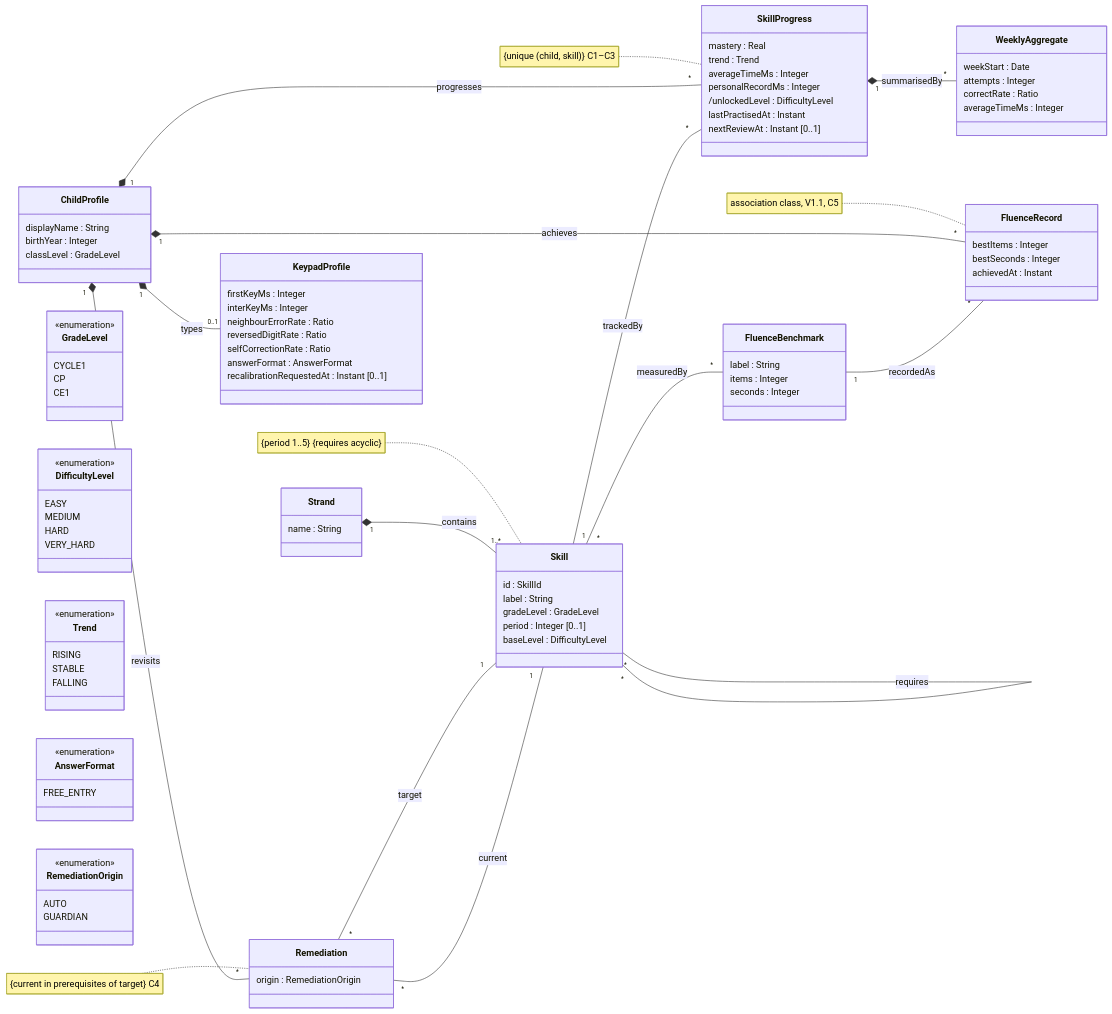
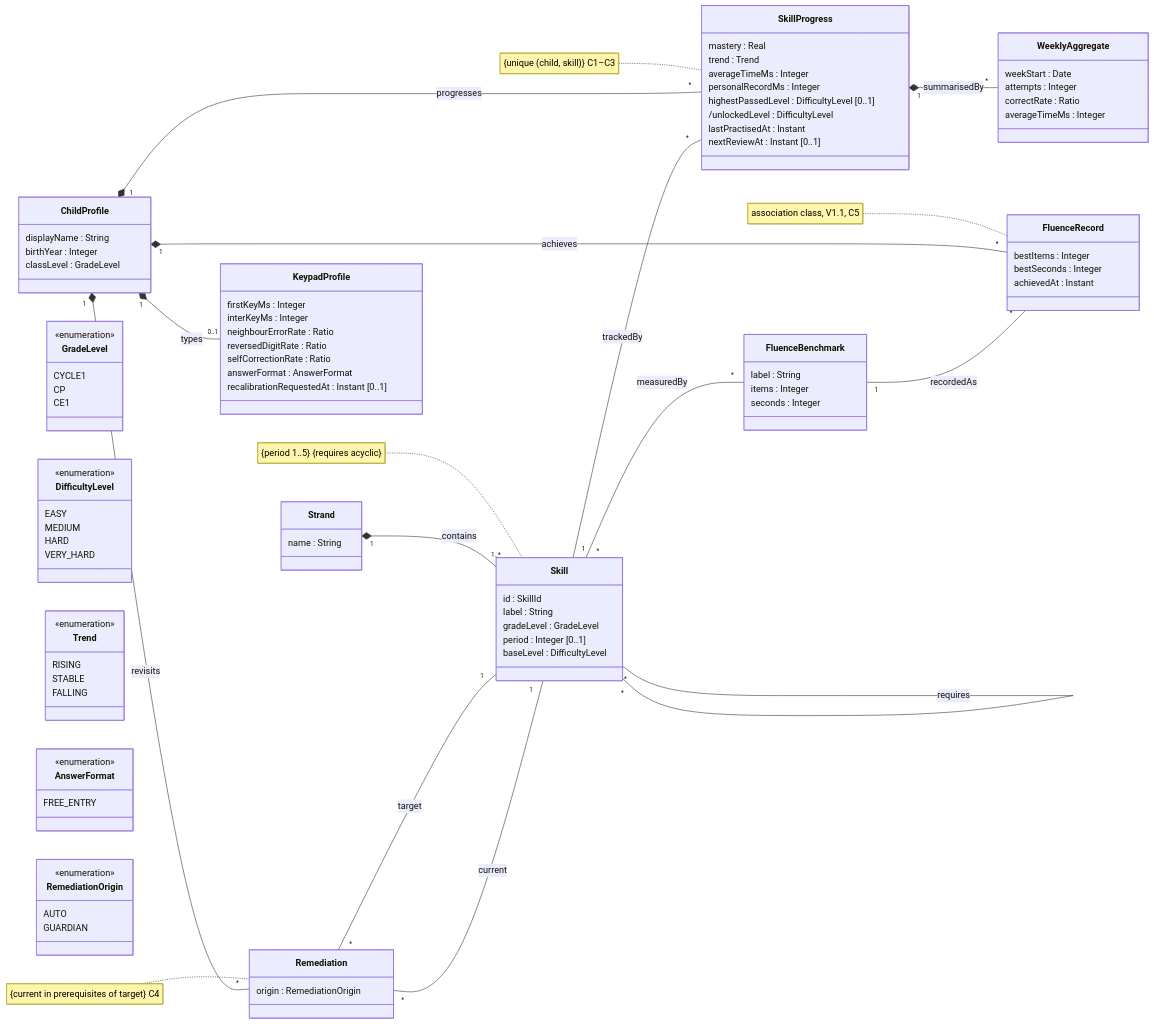
Before and after one commit to benoit-bremaud/learn-to-earn: the first of 5 diagrams in docs/architecture/diagrams/domain/01-class-domain-model.md, drawn with Mermaid. The commit also changed other lines of this file and 4 other files, not shown here.

First line of the commit message:
docs(architecture): address Codex review of the domain model

```diff
--- a/docs/architecture/diagrams/domain/01-class-domain-model.md
+++ b/docs/architecture/diagrams/domain/01-class-domain-model.md
@@ -47,6 +47,7 @@
     trend : Trend
     averageTimeMs : Integer
     personalRecordMs : Integer
+    highestPassedLevel : DifficultyLevel [0..1]
     /unlockedLevel : DifficultyLevel
     lastPractisedAt : Instant
     nextReviewAt : Instant [0..1]
```
